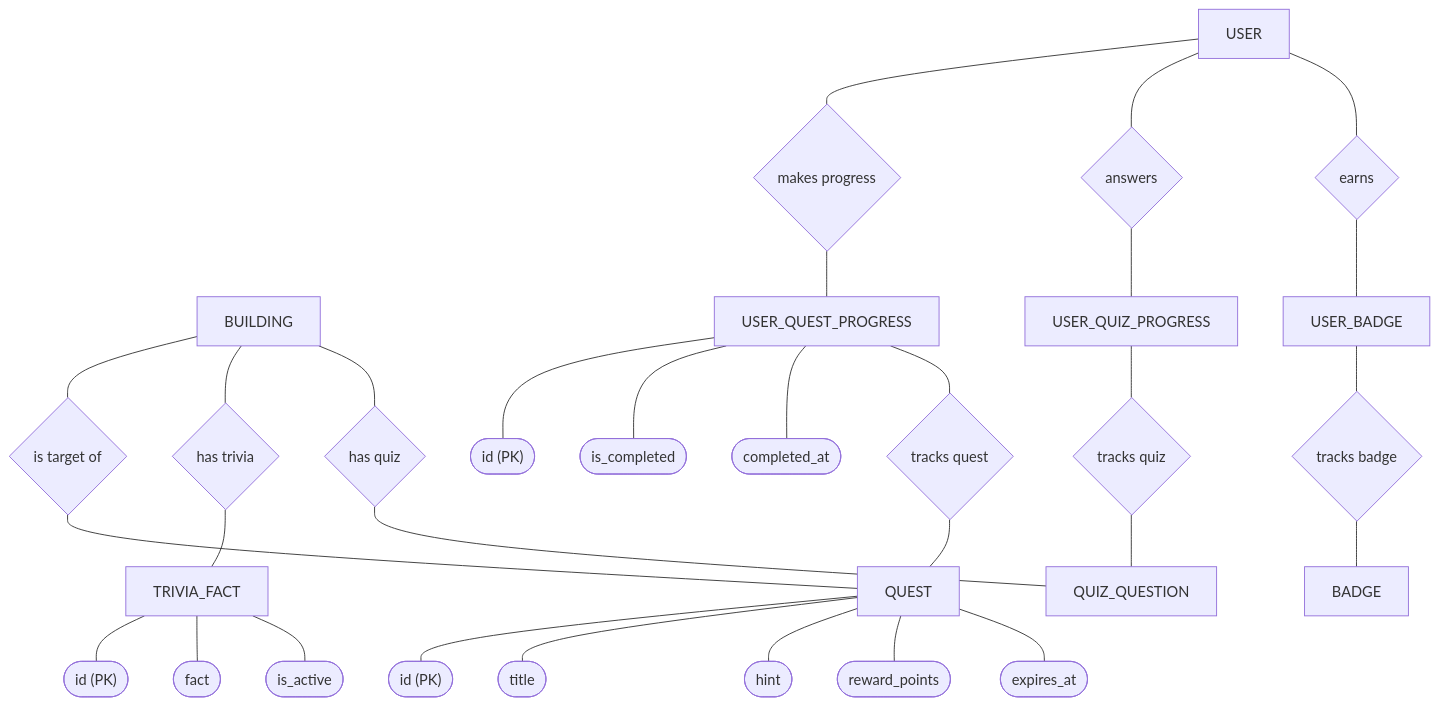
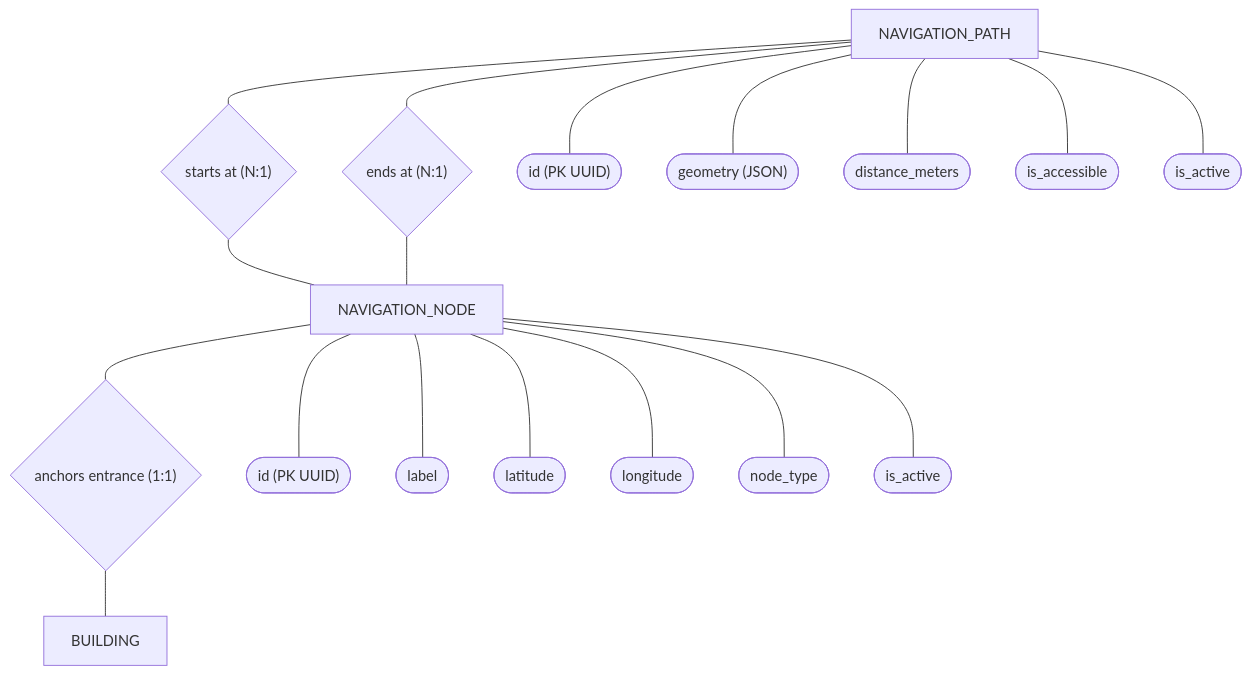
Before and after one commit to Cipher-Syntax/ARQuest: the third of 6 diagrams in erd-model.md, drawn with Mermaid. The commit also changed other lines of this file and 8 other files, not shown here.

Commit message:
Updated: documentation + diagrams

````diff
--- a/erd-model.md
+++ b/erd-model.md
@@ -177,68 +171,45 @@
 ```mermaid
 flowchart TD
-    %% External Entity Ref
-    USER["USER"]
+    %% Entities
     BLDG["BUILDING"]
-
-    %% Entities
-    QUEST["QUEST"]
-    PROG["USER_QUEST_PROGRESS"]
-    TRIVIA["TRIVIA_FACT"]
-    QUIZ["QUIZ_QUESTION"]
-    Q_PROG["USER_QUIZ_PROGRESS"]
-    BADGE["BADGE"]
-    B_PROG["USER_BADGE"]
+    NODE["NAVIGATION_NODE"]
+    PATH["NAVIGATION_PATH"]
 
     %% Relationships
-    target{"is target of"}
-    hosts{"has trivia"}
-    hosts_quiz{"has quiz"}
-    makes{"makes progress"}
-    tracks{"tracks quest"}
-    makes_q{"answers"}
-    tracks_q{"tracks quiz"}
-    earns{"earns"}
-    tracks_b{"tracks badge"}
+    entrance{"anchors entrance (1:1)"}
+    start_pt{"starts at (N:1)"}
+    end_pt{"ends at (N:1)"}
 
-    %% Attributes - Quest
-    q_id(["id (PK)"])
-    q_title(["title"])
-    q_hint(["hint"])
-    q_pts(["reward_points"])
-    q_exp(["expires_at"])
+    %% Attributes for NAVIGATION_NODE
+    nn_id(["id (PK UUID)"])
+    nn_lbl(["label"])
+    nn_lat(["latitude"])
+    nn_lng(["longitude"])
+    nn_type(["node_type"])
+    nn_act(["is_active"])
 
-    QUEST --- q_id
-    QUEST --- q_title
-    QUEST --- q_hint
-    QUEST --- q_pts
-    QUEST --- q_exp
+    NODE --- nn_id
+    NODE --- nn_lbl
+    NODE --- nn_lat
+    NODE --- nn_lng
+    NODE --- nn_type
+    NODE --- nn_act
 
-    %% Attributes - Progress
-    p_id(["id (PK)"])
-    p_comp(["is_completed"])
-    p_at(["completed_at"])
+    %% Attributes for NAVIGATION_PATH
+    np_id(["id (PK UUID)"])
+    np_geo(["geometry (JSON)"])
+    np_dist(["distance_meters"])
+    np_acc(["is_accessible"])
+    np_act(["is_active"])
 
-    PROG --- p_id
-    PROG --- p_comp
-    PROG --- p_at
+    PATH --- np_id
+    PATH --- np_geo
+    PATH --- np_dist
+    PATH --- np_acc
+    PATH --- np_act
 
-    %% Attributes - Trivia
-    t_id(["id (PK)"])
-    t_fact(["fact"])
-    t_act(["is_active"])
-
-    TRIVIA --- t_id
-    TRIVIA --- t_fact
-    TRIVIA --- t_act
-
-    %% Structure
-    BLDG --- target --- QUEST
-    BLDG --- hosts --- TRIVIA
-    BLDG --- hosts_quiz --- QUIZ
-    USER --- makes --- PROG
-    PROG --- tracks --- QUEST
-    USER --- makes_q --- Q_PROG
-    Q_PROG --- tracks_q --- QUIZ
-    USER --- earns --- B_PROG
-    B_PROG --- tracks_b --- BADGE
+    %% Connections
+    NODE --- entrance --- BLDG
+    PATH --- start_pt --- NODE
+    PATH --- end_pt --- NODE
 ```
````
